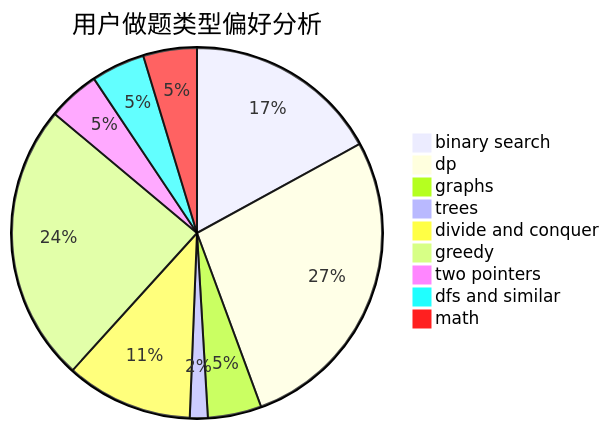
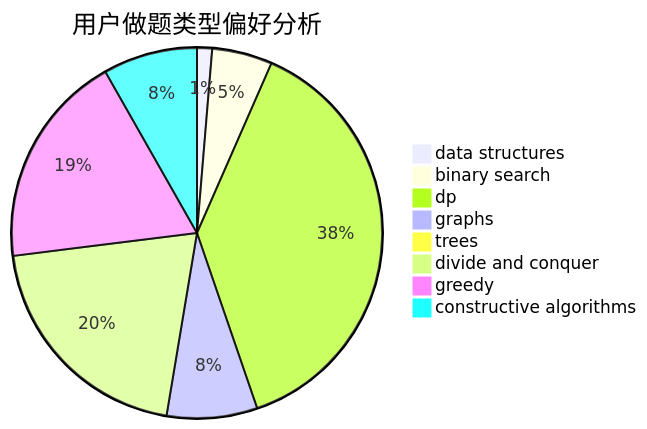
One commit to sherpahu/cfrs.github.io changed the second of 3 diagrams in docs/user/u799.md. Above: the diagram before and after it, drawn with Mermaid. The commit also changed other lines of this file and 2775 other files, not shown here.

````diff
--- a/docs/user/u799.md
+++ b/docs/user/u799.md
@@ -23,12 +23,11 @@
 ```mermaid
 pie title 用户做题类型偏好分析
-    "binary search" :  109
-    "dp" :  175
-    "graphs" :  30
-    "trees" :  10
-    "divide and conquer" :  71
-    "greedy" :  156
-    "two pointers" :  29
-    "dfs and similar" :  30
-    "math" :  30
+    "data structures" :  4
+    "binary search" :  16
+    "dp" :  116
+    "graphs" :  24
+    "trees" :  3
+    "divide and conquer" :  62
+    "greedy" :  57
+    "constructive algorithms" :  25
 ```
````
